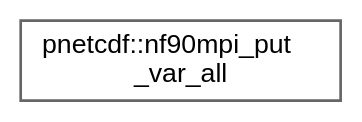
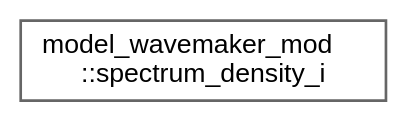
The diagram in release/v4.0-beta/inherit_graph_48.dot (mayhl/FUNWAVE-TVD), drawn with Graphviz before and after one commit. The commit also changed 86 other files, not shown here.

```diff
--- a/release/v4.0-beta/inherit_graph_48.dot
+++ b/release/v4.0-beta/inherit_graph_48.dot
@@ -1,9 +1,9 @@
 digraph "Graphical Class Hierarchy"
 {
  // LATEX_PDF_SIZE
   bgcolor="transparent";
   edge [fontname=Helvetica,fontsize=10,labelfontname=Helvetica,labelfontsize=10];
   node [fontname=Helvetica,fontsize=10,shape=box,height=0.2,width=0.4];
   rankdir="LR";
-  Node0 [id="Node000000",label="pnetcdf::nf90mpi_put\l_var_all",height=0.2,width=0.4,color="grey40", fillcolor="white", style="filled",URL="$interfacepnetcdf_1_1nf90mpi__put__var__all.html",tooltip=" "];
+  Node0 [id="Node000000",label="model_wavemaker_mod\l::spectrum_density_i",height=0.2,width=0.4,color="grey40", fillcolor="white", style="filled",URL="$interfacemodel__wavemaker__mod_1_1spectrum__density__i.html",tooltip=" "];
 }
```
